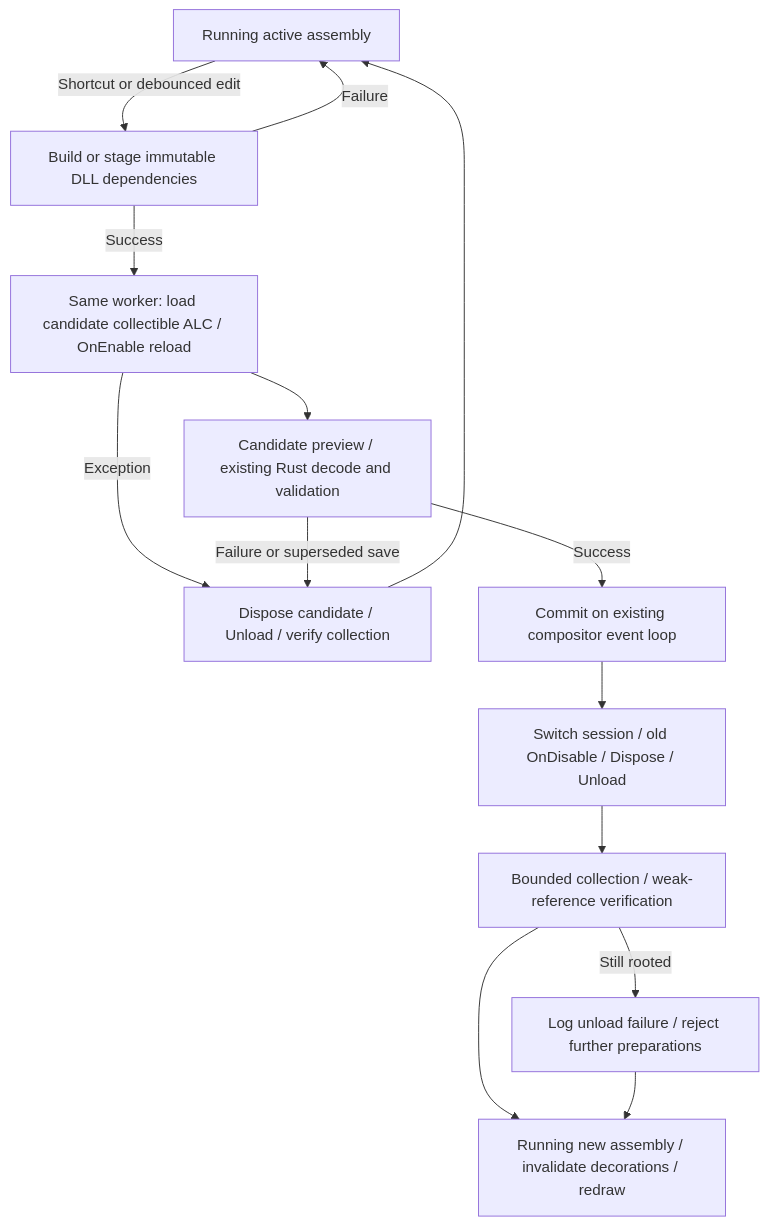
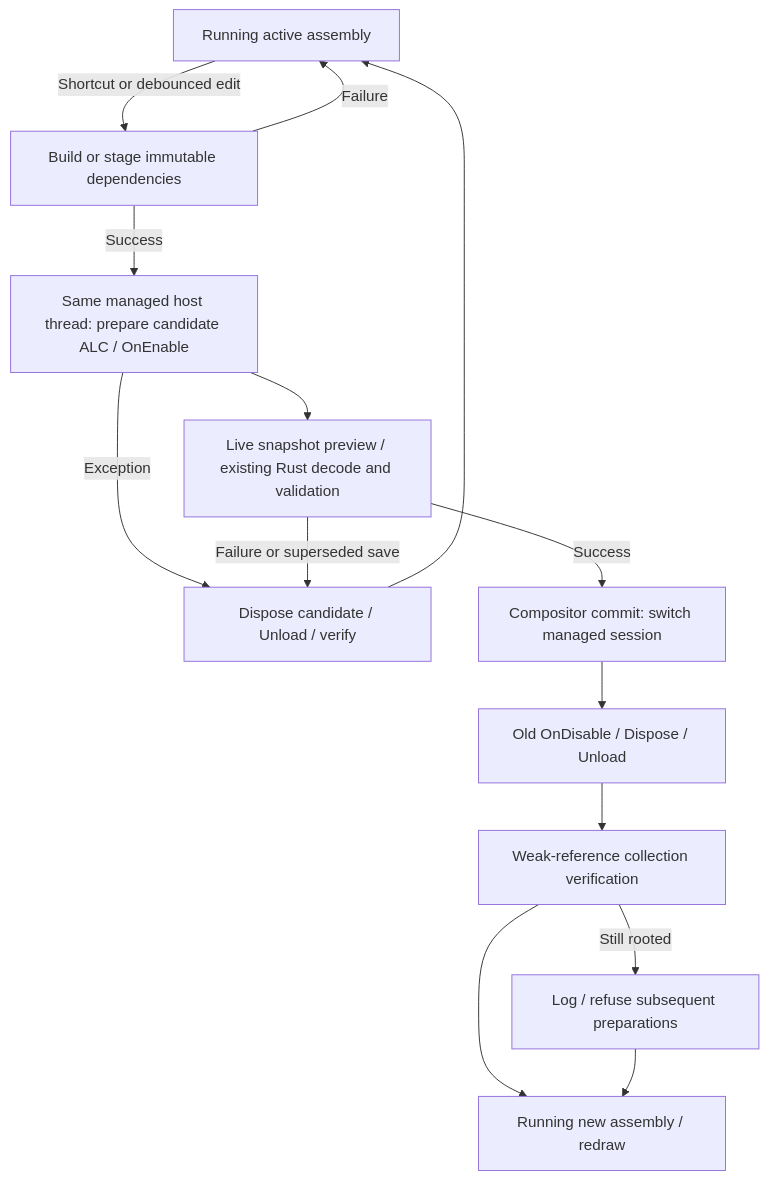
One commit to ReinaS-64892/ShojiWM changed the diagram in dotnet/RELOAD.md. Above: the diagram before and after it, drawn with Mermaid. The commit also changed other lines of this file and 31 other files, not shown here.

````diff
--- a/dotnet/RELOAD.md
+++ b/dotnet/RELOAD.md
@@ -79,16 +79,16 @@
 ```mermaid
 flowchart TD
-    R[Running active assembly] -->|Shortcut or debounced edit| B[Build or stage immutable DLL dependencies]
+    R[Running active assembly] -->|Shortcut or debounced edit| B[Build or stage immutable dependencies]
     B -->|Failure| R
-    B -->|Success| I[Same worker: load candidate collectible ALC / OnEnable reload]
-    I -->|Exception| D[Dispose candidate / Unload / verify collection]
+    B -->|Success| I[Same managed host thread: prepare candidate ALC / OnEnable]
+    I -->|Exception| D[Dispose candidate / Unload / verify]
     D --> R
-    I --> V[Candidate preview / existing Rust decode and validation]
+    I --> V[Live snapshot preview / existing Rust decode and validation]
     V -->|Failure or superseded save| D
-    V -->|Success| S[Commit on existing compositor event loop]
-    S --> C[Switch session / old OnDisable / Dispose / Unload]
-    C --> W[Bounded collection / weak-reference verification]
-    W --> N[Running new assembly / invalidate decorations / redraw]
-    W -->|Still rooted| L[Log unload failure / reject further preparations]
+    V -->|Success| S[Compositor commit: switch managed session]
+    S --> C[Old OnDisable / Dispose / Unload]
+    C --> W[Weak-reference collection verification]
+    W --> N[Running new assembly / redraw]
+    W -->|Still rooted| L[Log / refuse subsequent preparations]
     L --> N
 ```
````
